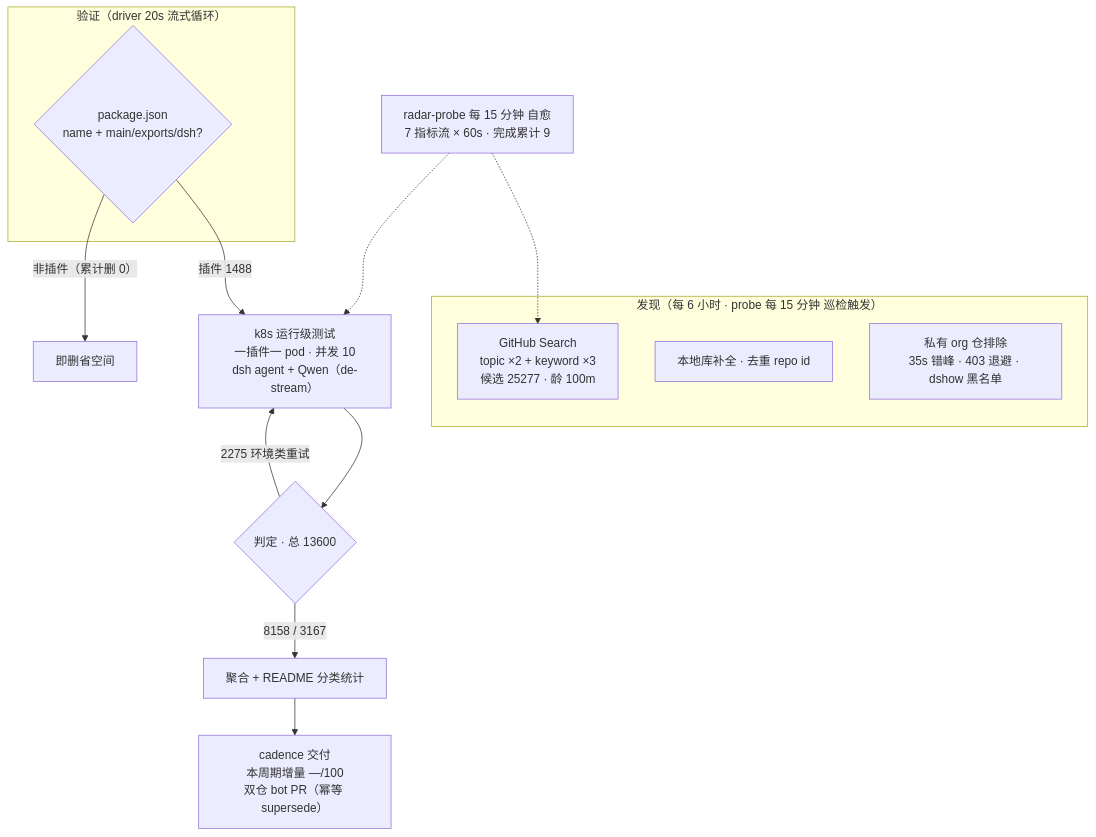
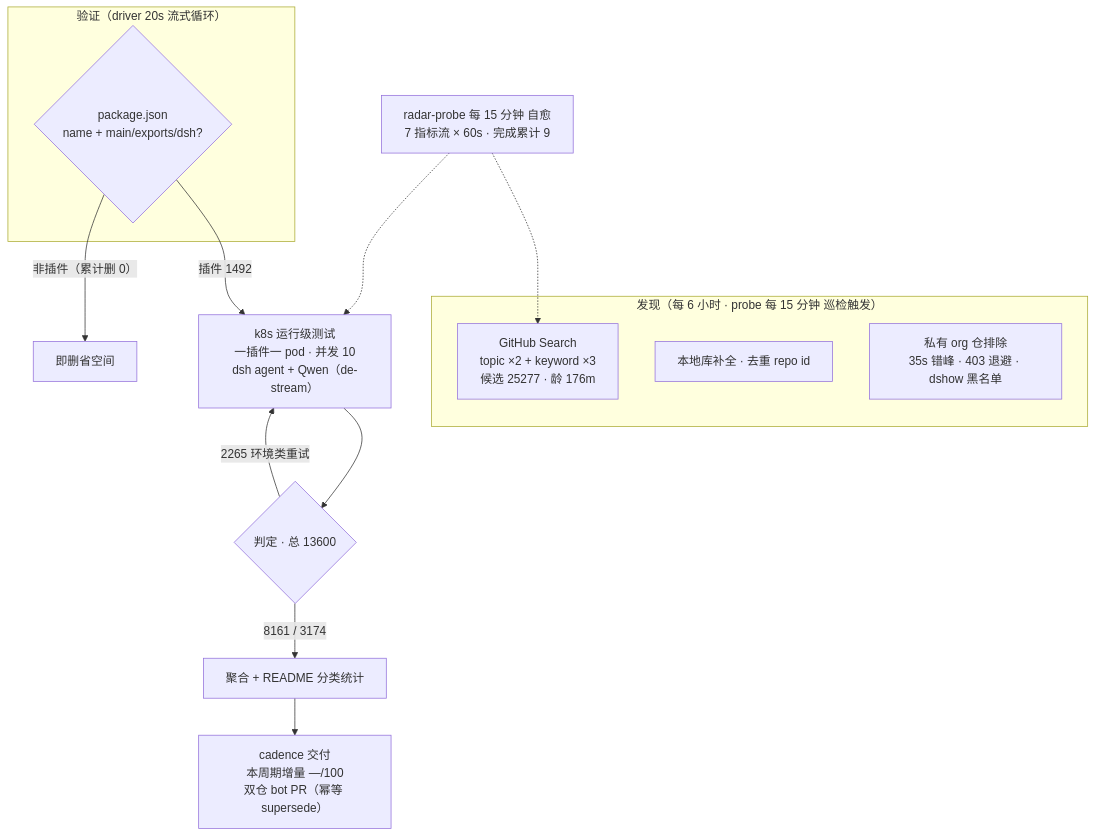
The diagram in README.md (Zhidao-Lab-OSS/awesome-dsh-plugins), drawn with Mermaid before and after one commit. The commit also changed other lines of this file and 1 other file, not shown here.

````diff
--- a/README.md
+++ b/README.md
@@ -99,20 +99,20 @@
 ```mermaid
 flowchart TB
     subgraph Discovery["发现（每 6 小时 · probe 每 15 分钟 巡检触发）"]
-        A1["GitHub Search<br/>topic ×2 + keyword ×3<br/>候选 25277 · 龄 100m"]
+        A1["GitHub Search<br/>topic ×2 + keyword ×3<br/>候选 25277 · 龄 176m"]
         A2["本地库补全 · 去重 repo id"]
         A3["私有 org 仓排除<br/>35s 错峰 · 403 退避 · dshow 黑名单"]
     end
     subgraph Validation["验证（driver 20s 流式循环）"]
         B1{"package.json<br/>name + main/exports/dsh?"}
     end
-    B1 -->|"插件 1488"| C1["k8s 运行级测试<br/>一插件一 pod · 并发 10<br/>dsh agent + Qwen（de-stream）"]
+    B1 -->|"插件 1492"| C1["k8s 运行级测试<br/>一插件一 pod · 并发 10<br/>dsh agent + Qwen（de-stream）"]
     B1 -->|"非插件（累计删 0）"| B3["即删省空间"]
     C1 --> D1{"判定 · 总 13600"}
-    D1 -->|"8158 / 3167"| E1["聚合 + README 分类统计"]
-    D1 -->|"2275 环境类重试"| C1
+    D1 -->|"8161 / 3174"| E1["聚合 + README 分类统计"]
+    D1 -->|"2265 环境类重试"| C1
     E1 --> E2["cadence 交付<br/>本周期增量 —/100<br/>双仓 bot PR（幂等 supersede）"]
     M["radar-probe 每 15 分钟 自愈<br/>7 指标流 × 60s · 完成累计 9"]
     M -.-> A1
     M -.-> C1
 ```
````
